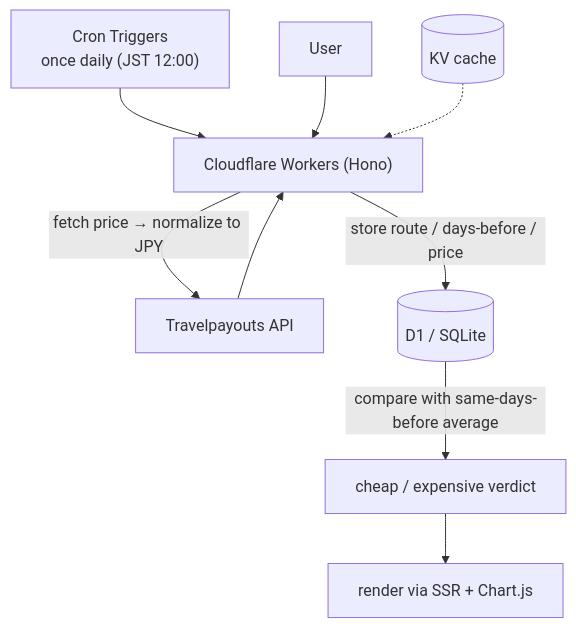
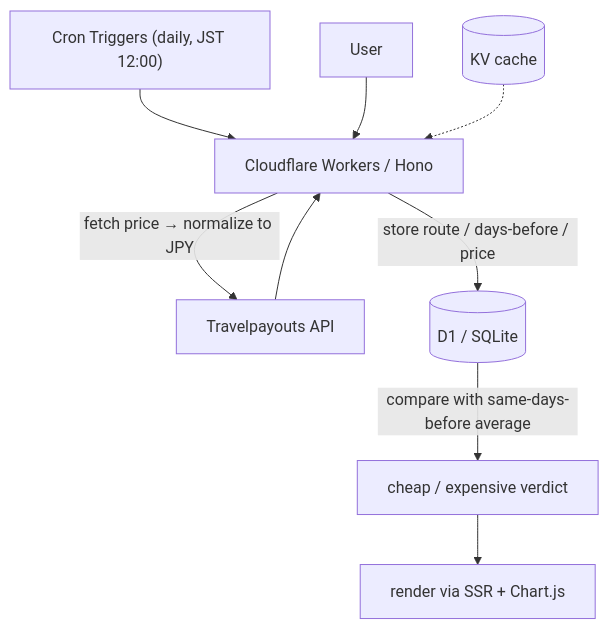
The diagram in docs/README_en.md (Cobalt-Velvet/SwimFare), drawn with Mermaid before and after one commit. The commit also changed other lines of this file and 9 other files, not shown here.

````diff
--- a/docs/README_en.md
+++ b/docs/README_en.md
@@ -54,11 +70,11 @@
 ```mermaid
 flowchart TD
-    Cron["Cron Triggers<br/>once daily (JST 12:00)"] --> Worker["Cloudflare Workers (Hono)"]
+    Cron["Cron Triggers (daily, JST 12:00)"] --> Worker["Cloudflare Workers / Hono"]
     Worker -->|"fetch price → normalize to JPY"| TP["Travelpayouts API"]
     TP --> Worker
     Worker -->|"store route / days-before / price"| D1[("D1 / SQLite")]
     User["User"] --> Worker
     D1 -->|"compare with same-days-before average"| Judge["cheap / expensive verdict"]
     Judge --> View["render via SSR + Chart.js"]
     KV[("KV cache")] -.-> Worker
 ```
````
